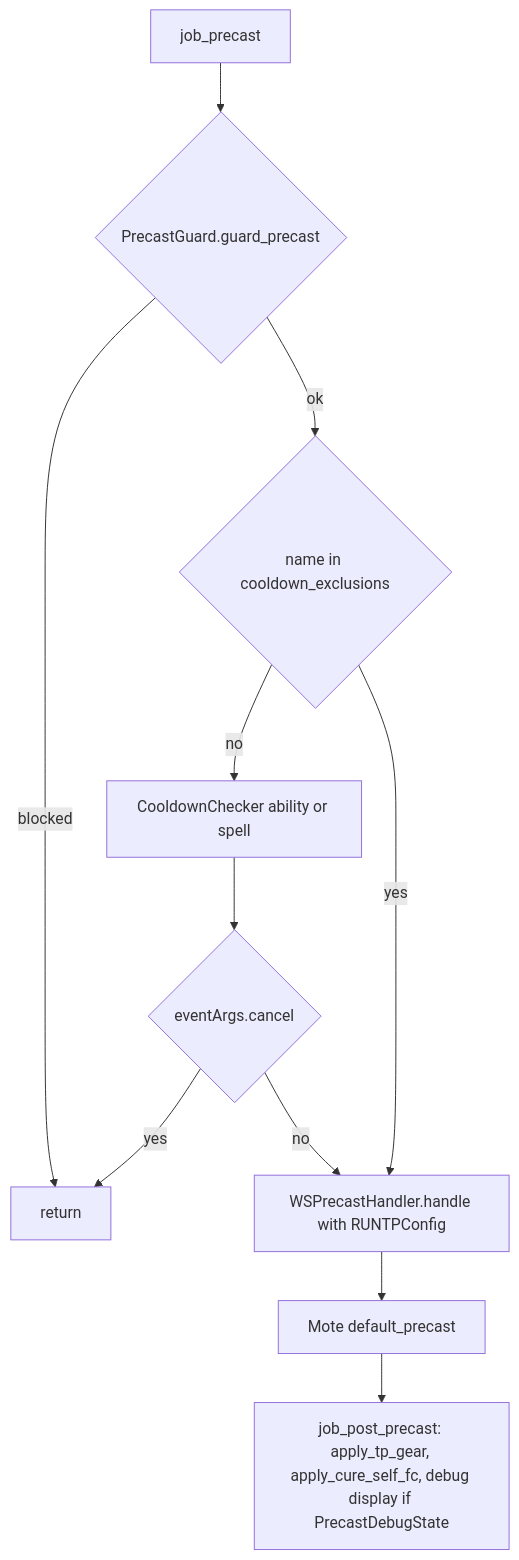
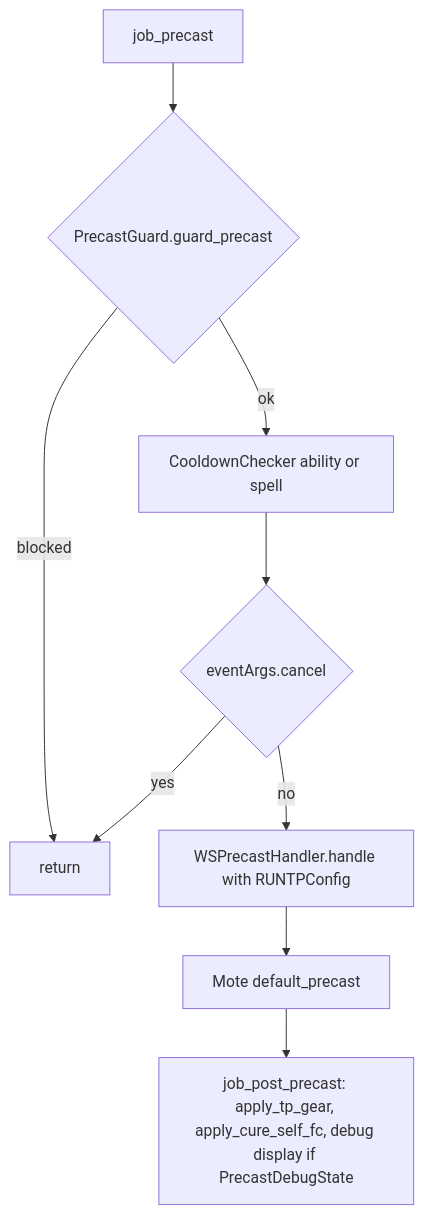
The second of 3 diagrams in docs/dev/jobs/run.md (ejouanchicot/Gearswap), drawn with Mermaid before and after one commit. The commit also changed other lines of this file and 29 other files, not shown here.

````diff
--- a/docs/dev/jobs/run.md
+++ b/docs/dev/jobs/run.md
@@ -133,13 +133,11 @@
 ```mermaid
 flowchart TD
     A[job_precast] --> B{PrecastGuard.guard_precast}
     B -- blocked --> Z[return]
-    B -- ok --> C{name in cooldown_exclusions}
-    C -- no --> D[CooldownChecker ability or spell]
+    B -- ok --> D[CooldownChecker ability or spell]
     D --> E{eventArgs.cancel}
     E -- yes --> Z
-    E -- no --> G
-    C -- yes --> G[WSPrecastHandler.handle with RUNTPConfig]
+    E -- no --> G[WSPrecastHandler.handle with RUNTPConfig]
     G --> H[Mote default_precast]
     H --> I[job_post_precast: apply_tp_gear, apply_cure_self_fc, debug display if PrecastDebugState]
 ```
````
